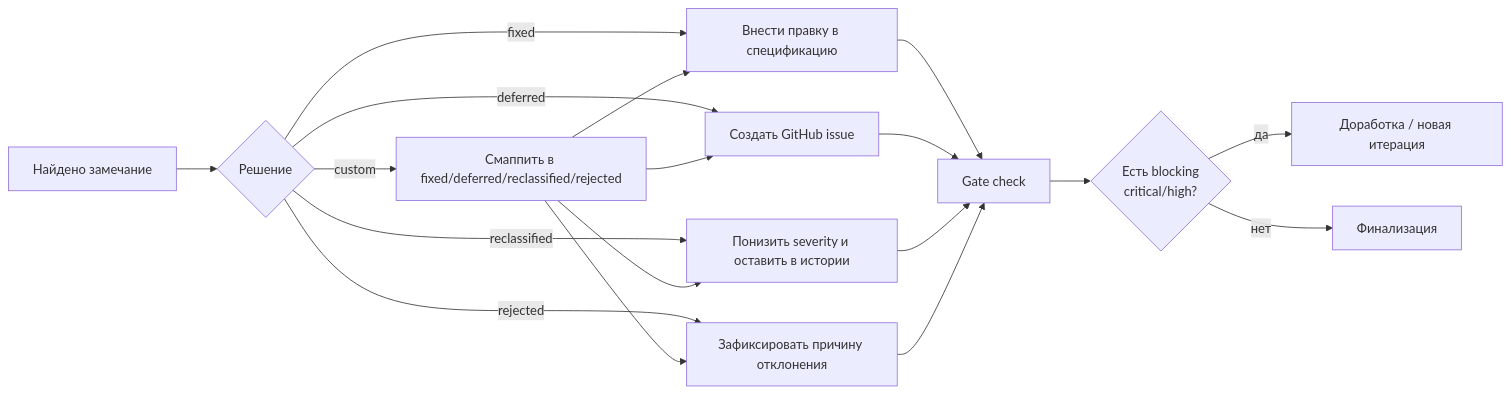
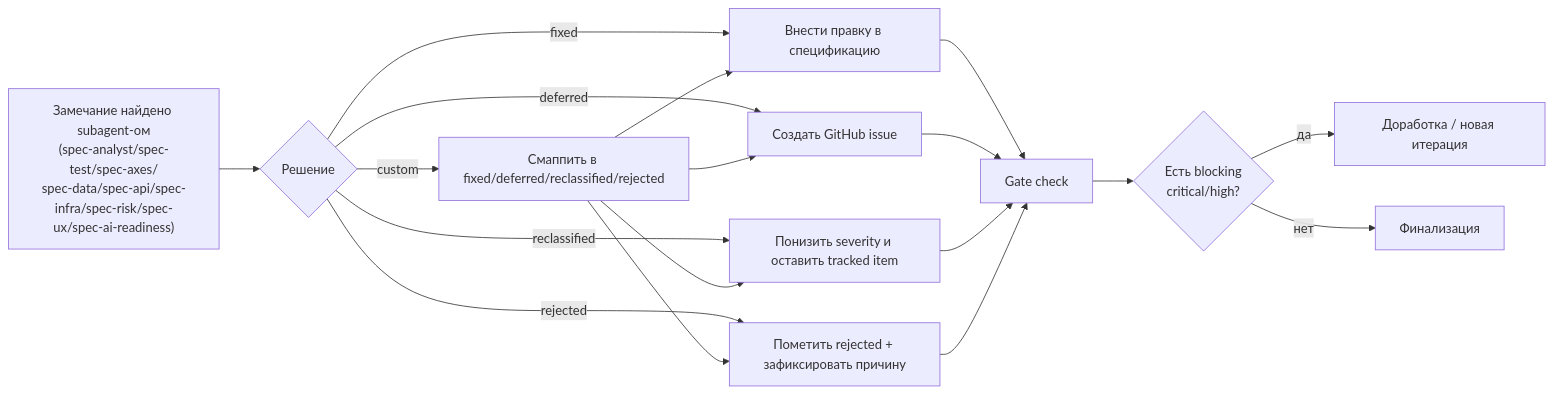
The second of 2 diagrams in spec-reviewer/README.ru.md (dapi/claude-code-marketplace), drawn with Mermaid before and after one commit. The commit also changed other lines of this file and 1 other file, not shown here.

Commit message:
docs(readme): show subagent names in mermaid diagrams

````diff
--- a/spec-reviewer/README.ru.md
+++ b/spec-reviewer/README.ru.md
@@ -101,24 +105,24 @@
 ```mermaid
 flowchart LR
-    A["Найдено замечание"] --> B{"Решение"}
+    A["Замечание найдено subagent-ом<br/>(spec-analyst/spec-test/spec-axes/<br/>spec-data/spec-api/spec-infra/spec-risk/spec-ux/spec-ai-readiness)"] --> B{"Решение"}
 
     B -->|"fixed"| C["Внести правку в спецификацию"]
     B -->|"deferred"| D["Создать GitHub issue"]
-    B -->|"reclassified"| E["Понизить severity и оставить в истории"]
-    B -->|"rejected"| F["Зафиксировать причину отклонения"]
+    B -->|"reclassified"| E["Понизить severity и оставить tracked item"]
+    B -->|"rejected"| F["Пометить rejected + зафиксировать причину"]
     B -->|"custom"| G["Смаппить в fixed/deferred/reclassified/rejected"]
 
     G --> C
     G --> D
     G --> E
     G --> F
 
     C --> H["Gate check"]
     D --> H
     E --> H
     F --> H
 
     H --> I{"Есть blocking<br/>critical/high?"}
     I -->|"да"| J["Доработка / новая итерация"]
     I -->|"нет"| K["Финализация"]
 ```
````
